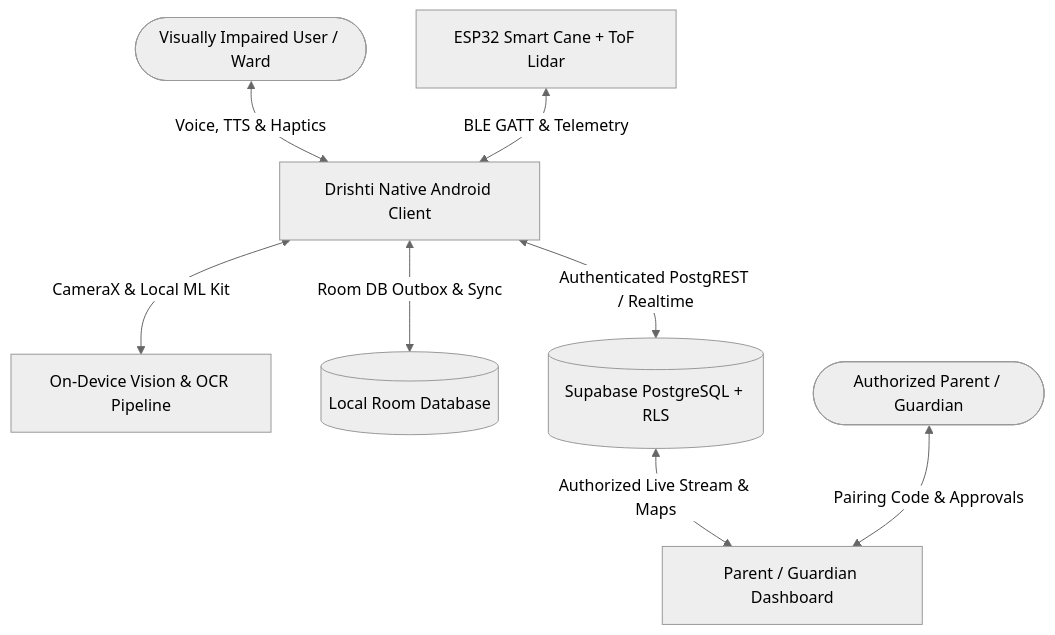
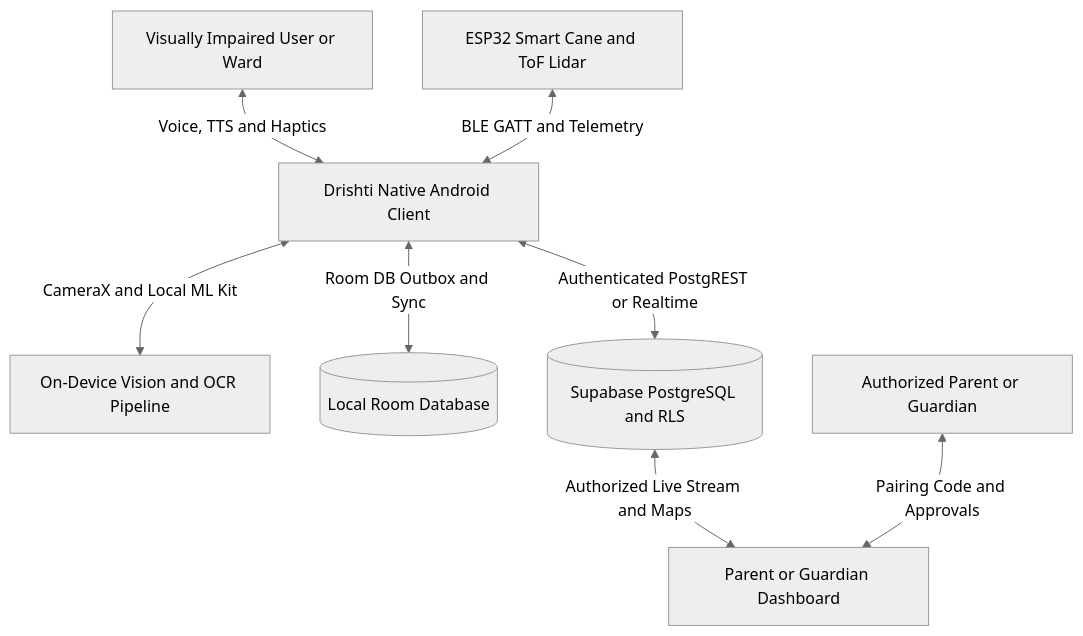
The diagram in docs/project-overview.md (chetanngavali/DrishtiAi), drawn with Mermaid (neutral theme) before and after one commit. The commit also changed 17 other files, not shown here.

Commit message:
docs: sanitize all Mermaid diagram syntax for GitHub markdown renderer

````diff
--- a/docs/project-overview.md
+++ b/docs/project-overview.md
@@ -14,10 +14,10 @@
 ```mermaid
-graph TD
-    User([Visually Impaired User / Ward]) <-->|Voice, TTS & Haptics| AndroidApp[Drishti Native Android Client]
-    Cane[ESP32 Smart Cane + ToF Lidar] <-->|BLE GATT & Telemetry| AndroidApp
-    AndroidApp <-->|CameraX & Local ML Kit| Perception[On-Device Vision & OCR Pipeline]
-    AndroidApp <-->|Room DB Outbox & Sync| LocalStore[(Local Room Database)]
-    AndroidApp <-->|Authenticated PostgREST / Realtime| Backend[(Supabase PostgreSQL + RLS)]
-    Backend <-->|Authorized Live Stream & Maps| GuardianApp[Parent / Guardian Dashboard]
-    Guardian([Authorized Parent / Guardian]) <-->|Pairing Code & Approvals| GuardianApp
+flowchart TD
+    User["Visually Impaired User or Ward"] <-->|"Voice, TTS and Haptics"| AndroidApp["Drishti Native Android Client"]
+    Cane["ESP32 Smart Cane and ToF Lidar"] <-->|"BLE GATT and Telemetry"| AndroidApp
+    AndroidApp <-->|"CameraX and Local ML Kit"| Perception["On-Device Vision and OCR Pipeline"]
+    AndroidApp <-->|"Room DB Outbox and Sync"| LocalStore[("Local Room Database")]
+    AndroidApp <-->|"Authenticated PostgREST or Realtime"| Backend[("Supabase PostgreSQL and RLS")]
+    Backend <-->|"Authorized Live Stream and Maps"| GuardianApp["Parent or Guardian Dashboard"]
+    Guardian["Authorized Parent or Guardian"] <-->|"Pairing Code and Approvals"| GuardianApp
 ```
````
